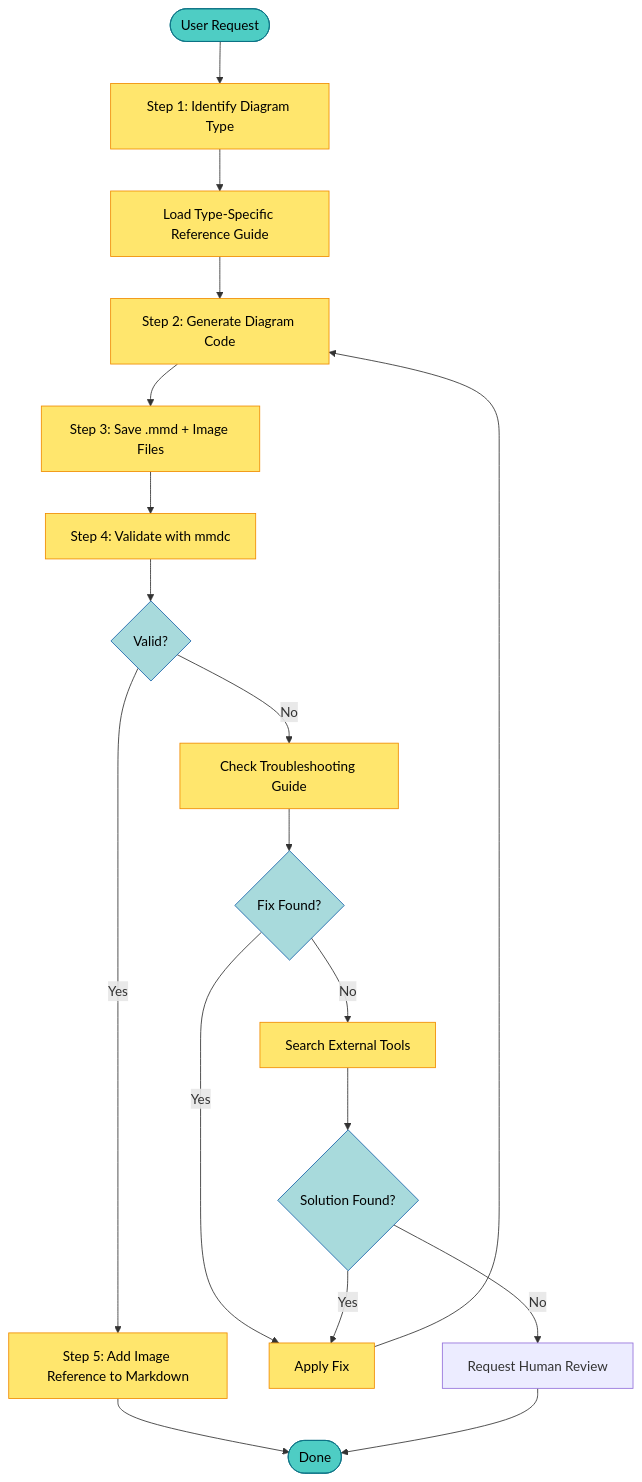
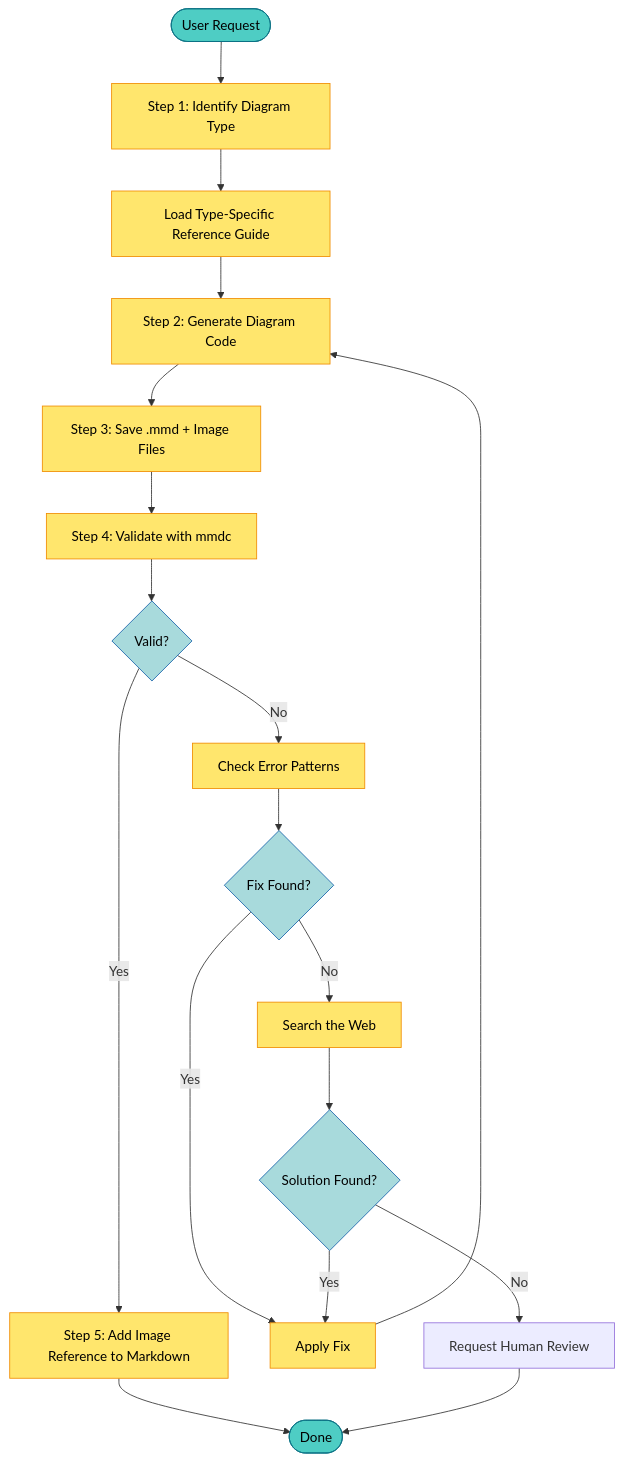
One commit to NSpencer4/common-scripts changed the first of 4 diagrams in skills/design-doc-mermaid/references/guides/resilient-workflow.md. Above: the diagram before and after it, drawn with Mermaid. The commit also changed other lines of this file and 11 other files, not shown here.

````diff
--- a/skills/design-doc-mermaid/references/guides/resilient-workflow.md
+++ b/skills/design-doc-mermaid/references/guides/resilient-workflow.md
@@ -36,34 +35,34 @@
 ```mermaid
 flowchart TD
     Start([User Request]) --> Type[Step 1: Identify Diagram Type]
     Type --> Reference[Load Type-Specific Reference Guide]
     Reference --> Generate[Step 2: Generate Diagram Code]
     Generate --> Save[Step 3: Save .mmd + Image Files]
     Save --> Validate[Step 4: Validate with mmdc]
     Validate --> Success{Valid?}
 
     Success -->|Yes| AddRef[Step 5: Add Image Reference to Markdown]
-    Success -->|No| Troubleshoot[Check Troubleshooting Guide]
+    Success -->|No| Troubleshoot[Check Error Patterns]
 
     Troubleshoot --> Found{Fix Found?}
     Found -->|Yes| Apply[Apply Fix]
     Apply --> Generate
 
-    Found -->|No| Search[Search External Tools]
+    Found -->|No| Search[Search the Web]
     Search --> SearchResult{Solution Found?}
     SearchResult -->|Yes| Apply
     SearchResult -->|No| Manual[Request Human Review]
 
     AddRef --> Complete([Done])
     Manual --> Complete
 
     classDef start fill:#4ECDC4,stroke:#0B7285,color:#000
     classDef process fill:#FFE66D,stroke:#F08C00,color:#000
     classDef decision fill:#A8DADC,stroke:#1864AB,color:#000
     classDef success fill:#95D5B2,stroke:#2D6A4F,color:#000
     classDef error fill:#E63946,stroke:#9D0208,color:#fff
 
     class Start,Complete start
     class Type,Reference,Generate,Save,Validate,AddRef,Apply,Troubleshoot,Search process
     class Success,Found,SearchResult decision
 ```
````
